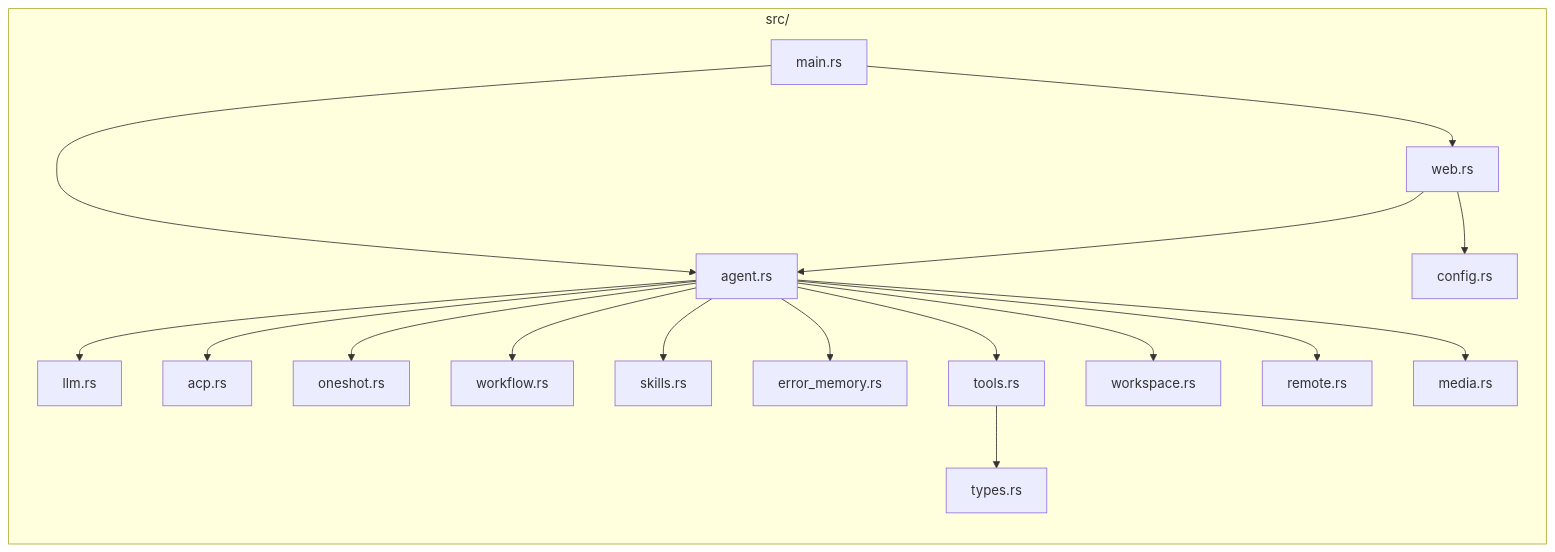
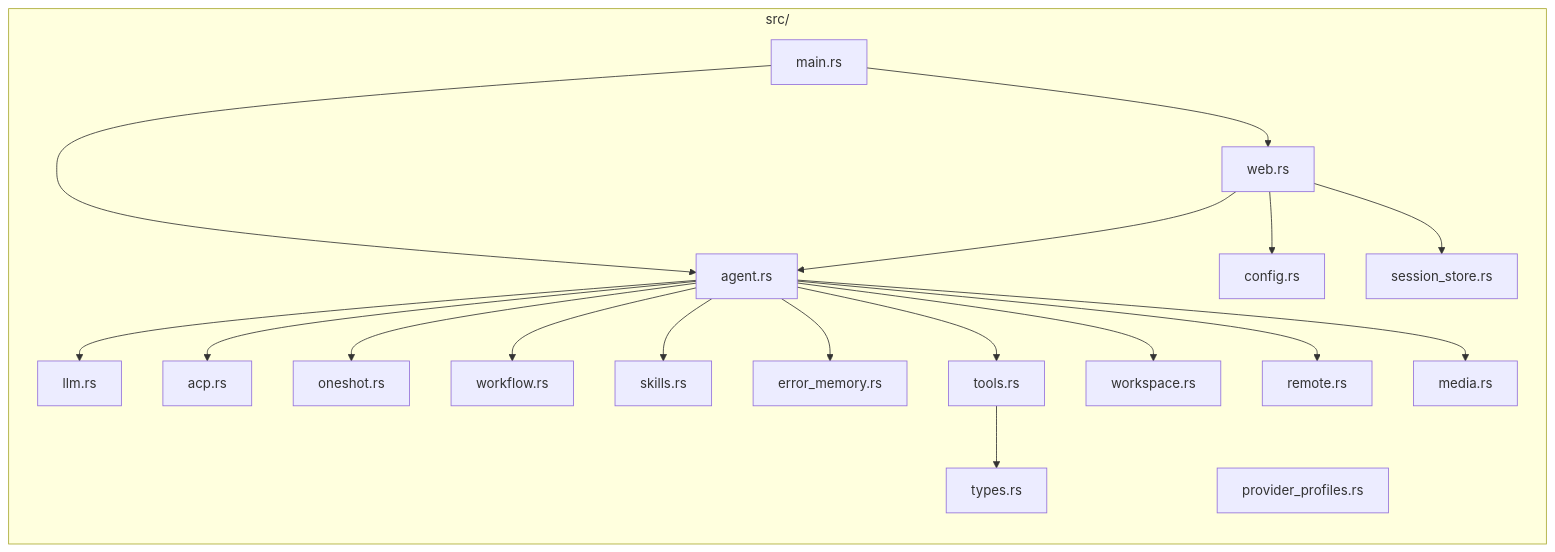
The second of 2 diagrams in README.md (sapsapshen/Generic-Coder-Rust), drawn with Mermaid before and after one commit. The commit also changed other lines of this file and 330 other files, not shown here.

````diff
--- a/README.md
+++ b/README.md
@@ -63,36 +63,39 @@
 ```mermaid
 graph LR
     subgraph src/
         main[main.rs]
         web[web.rs]
         agent[agent.rs]
         acp[acp.rs]
         oneshot[oneshot.rs]
         llm[llm.rs]
         workflow[workflow.rs]
         skills[skills.rs]
         error_memory[error_memory.rs]
         tools[tools.rs]
         workspace[workspace.rs]
         remote[remote.rs]
         media[media.rs]
         types[types.rs]
         config[config.rs]
+        provider_profiles[provider_profiles.rs]
+        session_store[session_store.rs]
     end
 
     main --> web
     main --> agent
     agent --> llm
     agent --> acp
     agent --> oneshot
     agent --> workflow
     agent --> skills
     agent --> error_memory
     agent --> tools
     agent --> workspace
     agent --> remote
     agent --> media
     web --> agent
     web --> config
+    web --> session_store
     tools --> types
 ```
````
